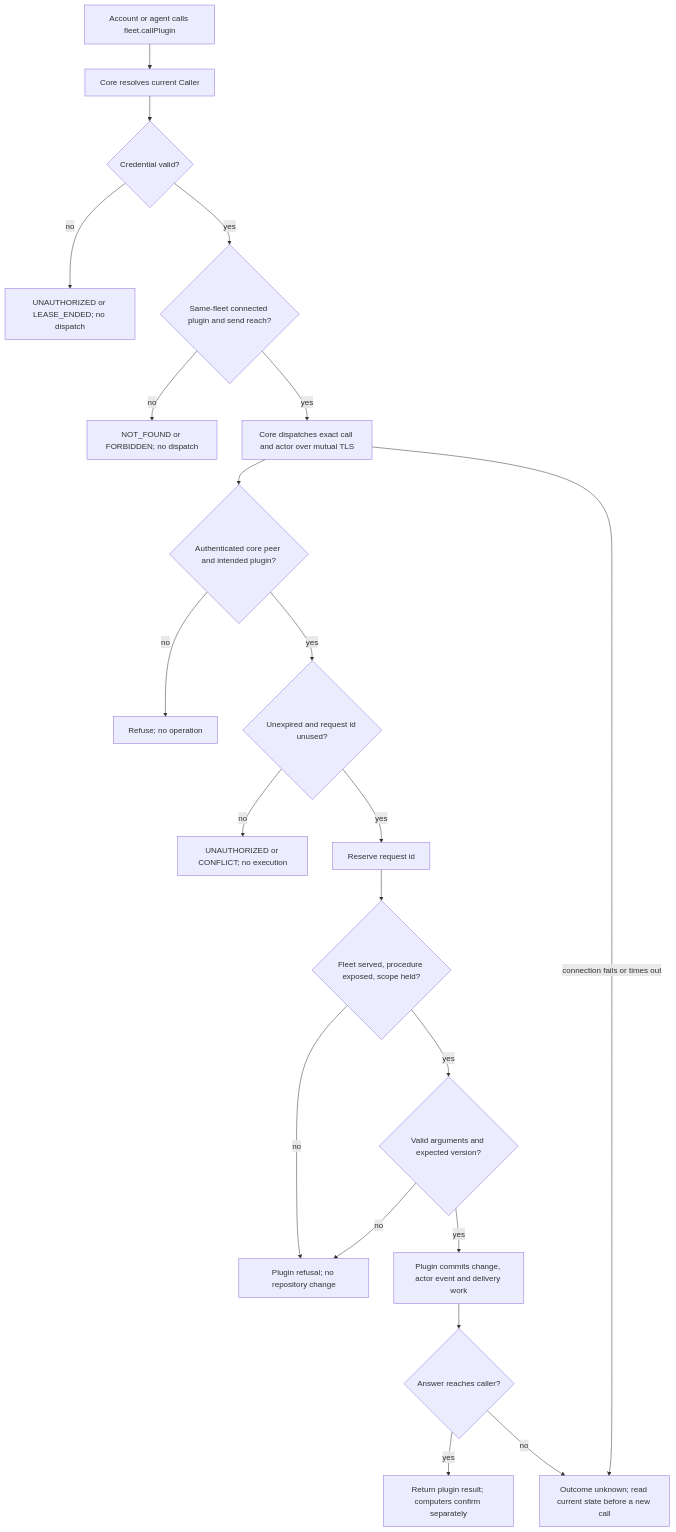
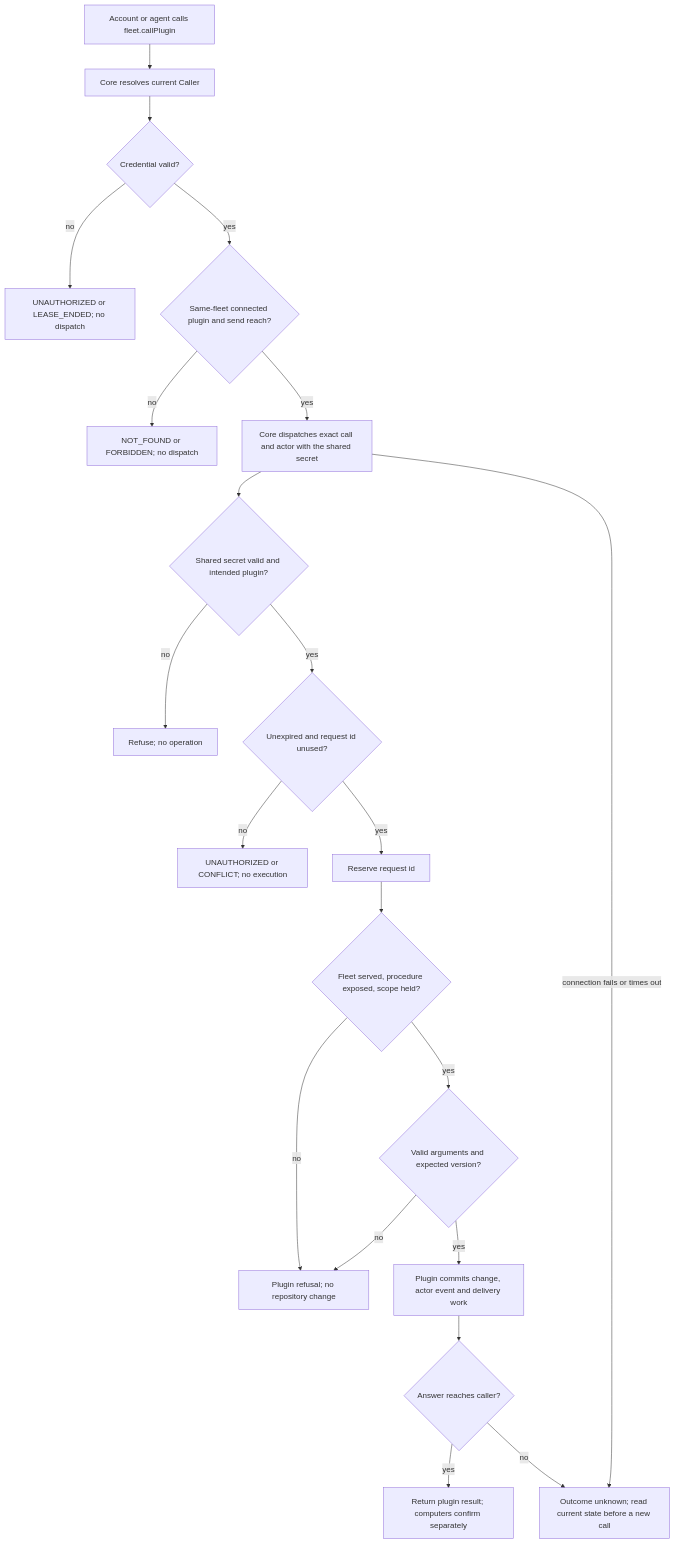
Before and after one commit to ThomasHendrickx/aeolus-fleet: the diagram in docs/design/plugin-actor-contract.md, drawn with Mermaid. The commit also changed other lines of this file, not shown here.

Commit message:
Plugin actor contract: shared secret, agnostic rule, decisions

````diff
--- a/docs/design/plugin-actor-contract.md
+++ b/docs/design/plugin-actor-contract.md
@@ -85,23 +94,23 @@
 ```mermaid
 flowchart TD
   A[Account or agent calls fleet.callPlugin] --> C[Core resolves current Caller]
   C --> V{Credential valid?}
   V -- no --> U[UNAUTHORIZED or LEASE_ENDED; no dispatch]
   V -- yes --> P{Same-fleet connected plugin and send reach?}
   P -- no --> D[NOT_FOUND or FORBIDDEN; no dispatch]
-  P -- yes --> S[Core dispatches exact call and actor over mutual TLS]
-  S --> T{Authenticated core peer and intended plugin?}
+  P -- yes --> S[Core dispatches exact call and actor with the shared secret]
+  S --> T{Shared secret valid and intended plugin?}
   T -- no --> X[Refuse; no operation]
   T -- yes --> R{Unexpired and request id unused?}
   R -- no --> E[UNAUTHORIZED or CONFLICT; no execution]
   R -- yes --> K[Reserve request id]
   K --> F{Fleet served, procedure exposed, scope held?}
   F -- no --> B[Plugin refusal; no repository change]
   F -- yes --> I{Valid arguments and expected version?}
   I -- no --> B
   I -- yes --> W[Plugin commits change, actor event and delivery work]
   W --> O{Answer reaches caller?}
   O -- yes --> OK[Return plugin result; computers confirm separately]
   O -- no --> Q[Outcome unknown; read current state before a new call]
   S -- connection fails or times out --> Q
 ```
````
